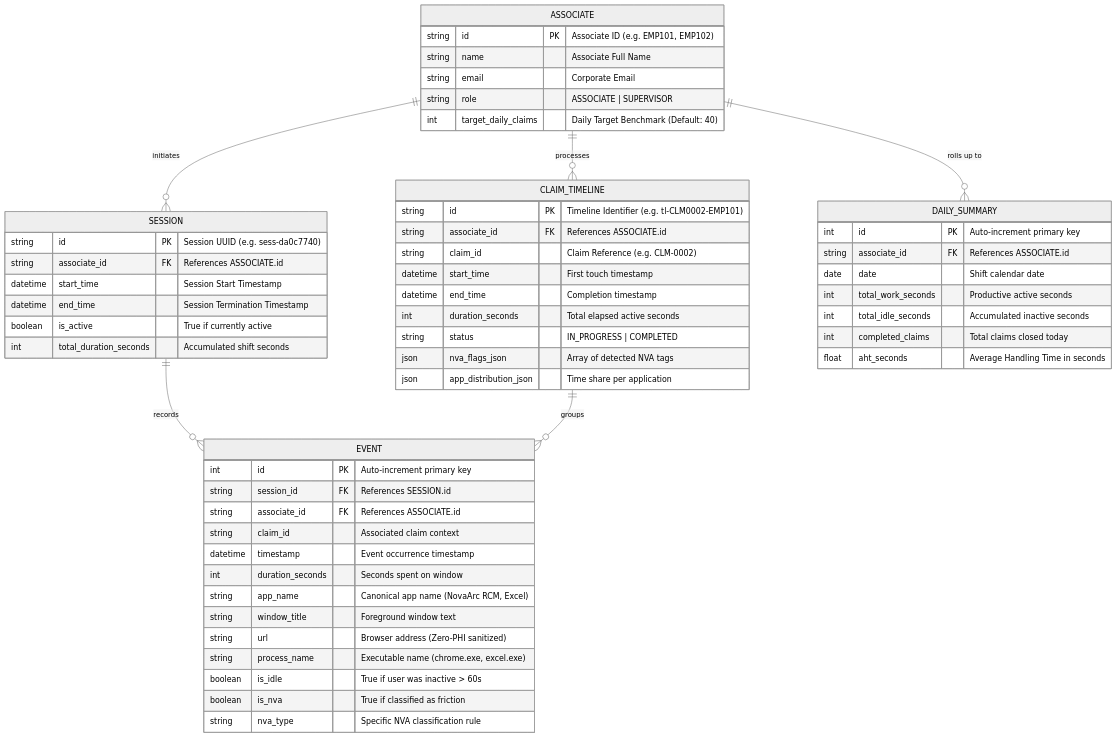
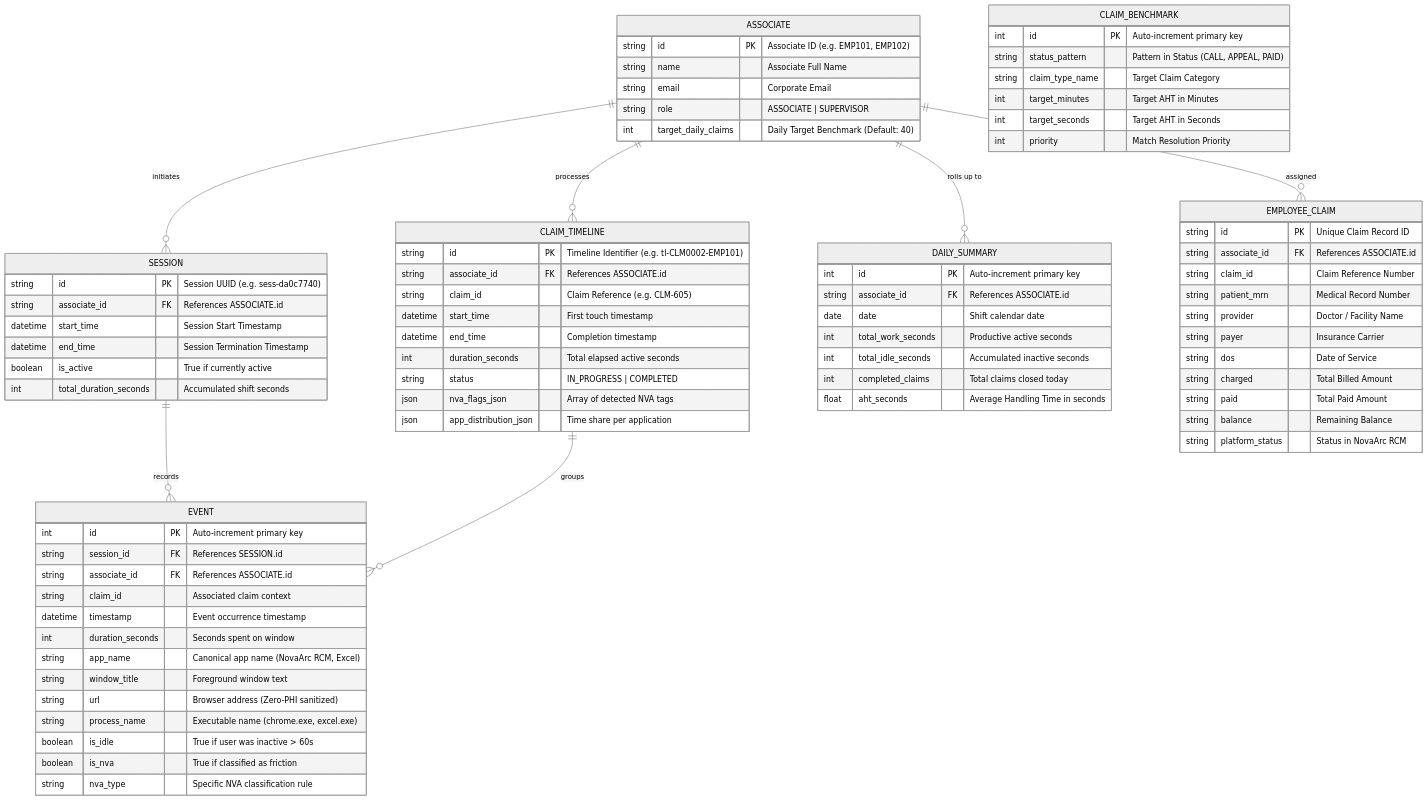
One commit to Gokul2004-ne/TMS changed the fourth of 7 diagrams in ARCHITECTURE.md. Above: the diagram before and after it, drawn with Mermaid (neutral theme). The commit also changed other lines of this file and 4 other files, not shown here.

Commit message:
docs: update ARCHITECTURE.md and README.md with comprehensive project dossier and clean up unwanted temporary files

```diff
--- a/ARCHITECTURE.md
+++ b/ARCHITECTURE.md
@@ -363,6 +382,7 @@
     ASSOCIATE ||--o{ SESSION : "initiates"
     ASSOCIATE ||--o{ CLAIM_TIMELINE : "processes"
     ASSOCIATE ||--o{ DAILY_SUMMARY : "rolls up to"
+    ASSOCIATE ||--o{ EMPLOYEE_CLAIM : "assigned"
     SESSION ||--o{ EVENT : "records"
     CLAIM_TIMELINE ||--o{ EVENT : "groups"
 
@@ -386,7 +406,7 @@
     CLAIM_TIMELINE {
         string id PK "Timeline Identifier (e.g. tl-CLM0002-EMP101)"
         string associate_id FK "References ASSOCIATE.id"
-        string claim_id "Claim Reference (e.g. CLM-0002)"
+        string claim_id "Claim Reference (e.g. CLM-605)"
         datetime start_time "First touch timestamp"
         datetime end_time "Completion timestamp"
         int duration_seconds "Total elapsed active seconds"
@@ -411,6 +431,29 @@
         string nva_type "Specific NVA classification rule"
     }
 
+    EMPLOYEE_CLAIM {
+        string id PK "Unique Claim Record ID"
+        string associate_id FK "References ASSOCIATE.id"
+        string claim_id "Claim Reference Number"
+        string patient_mrn "Medical Record Number"
+        string provider "Doctor / Facility Name"
+        string payer "Insurance Carrier"
+        string dos "Date of Service"
+        string charged "Total Billed Amount"
+        string paid "Total Paid Amount"
+        string balance "Remaining Balance"
+        string platform_status "Status in NovaArc RCM"
+    }
+
+    CLAIM_BENCHMARK {
+        int id PK "Auto-increment primary key"
+        string status_pattern "Pattern in Status (CALL, APPEAL, PAID)"
+        string claim_type_name "Target Claim Category"
+        int target_minutes "Target AHT in Minutes"
+        int target_seconds "Target AHT in Seconds"
+        int priority "Match Resolution Priority"
+    }
+
     DAILY_SUMMARY {
         int id PK "Auto-increment primary key"
         string associate_id FK "References ASSOCIATE.id"
```
